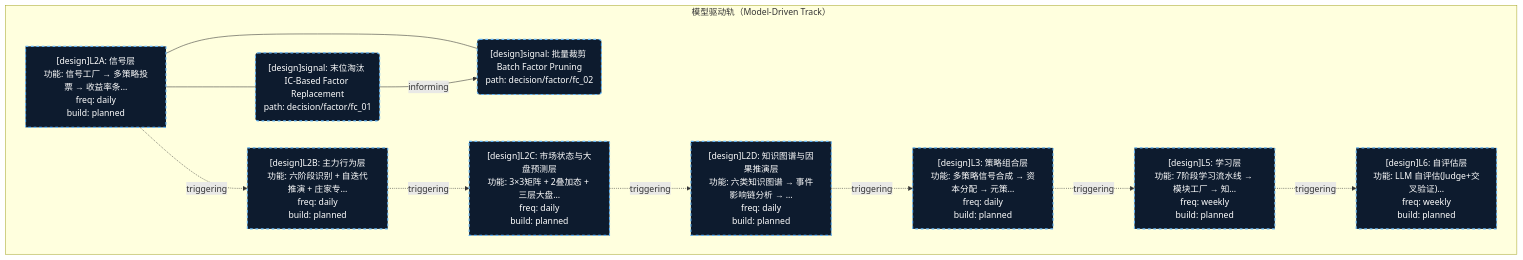
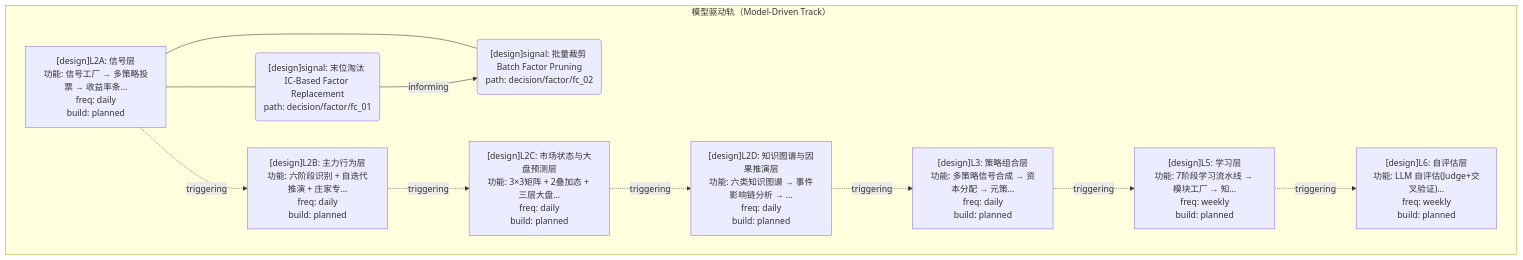
The first of 2 diagrams in docs/02_enterprise_architecture/06_decision_architecture/07_decision_l2a_factor.md (xuanFelixVan/ZephyrAlpha), drawn with Mermaid before and after one commit. The commit also changed other lines of this file and 23 other files, not shown here.

First line of the commit message:
style(decision-diagram): 移除所有 mermaid classDef，照搬 application_flows.md 纯默认主题

````diff
--- a/docs/02_enterprise_architecture/06_decision_architecture/07_decision_l2a_factor.md
+++ b/docs/02_enterprise_architecture/06_decision_architecture/07_decision_l2a_factor.md
@@ -21,29 +21,23 @@
 ```mermaid
 flowchart TD
     subgraph track_model_driven["模型驱动轨（Model-Driven Track）"]
-        LL2A["[design]L2A: 信号层<br/>功能: 信号工厂 → 多策略投票 → 收益率条…<br/>freq: daily<br/>build: planned"]:::bsPlanned
-        N190("[design]signal: 末位淘汰 IC-Based Factor Replacement<br/>path: decision/factor/fc_01"):::bsPlanned
+        LL2A["[design]L2A: 信号层<br/>功能: 信号工厂 → 多策略投票 → 收益率条…<br/>freq: daily<br/>build: planned"]
+        N190("[design]signal: 末位淘汰 IC-Based Factor Replacement<br/>path: decision/factor/fc_01")
         LL2A --- N190
-        N191("[design]signal: 批量裁剪 Batch Factor Pruning<br/>path: decision/factor/fc_02"):::bsPlanned
+        N191("[design]signal: 批量裁剪 Batch Factor Pruning<br/>path: decision/factor/fc_02")
         LL2A --- N191
-        LL2B["[design]L2B: 主力行为层<br/>功能: 六阶段识别 + 自迭代推演 + 庄家专…<br/>freq: daily<br/>build: planned"]:::bsPlanned
-        LL2C["[design]L2C: 市场状态与大盘预测层<br/>功能: 3×3矩阵 + 2叠加态 + 三层大盘…<br/>freq: daily<br/>build: planned"]:::bsPlanned
-        LL2D["[design]L2D: 知识图谱与因果推演层<br/>功能: 六类知识图谱 → 事件影响链分析 → …<br/>freq: daily<br/>build: planned"]:::bsPlanned
-        LL3["[design]L3: 策略组合层<br/>功能: 多策略信号合成 → 资本分配 → 元策…<br/>freq: daily<br/>build: planned"]:::bsPlanned
-        LL5["[design]L5: 学习层<br/>功能: 7阶段学习流水线 → 模块工厂 → 知…<br/>freq: weekly<br/>build: planned"]:::bsPlanned
-        LL6["[design]L6: 自评估层<br/>功能: LLM 自评估(Judge+交叉验证)…<br/>freq: weekly<br/>build: planned"]:::bsPlanned
+        LL2B["[design]L2B: 主力行为层<br/>功能: 六阶段识别 + 自迭代推演 + 庄家专…<br/>freq: daily<br/>build: planned"]
+        LL2C["[design]L2C: 市场状态与大盘预测层<br/>功能: 3×3矩阵 + 2叠加态 + 三层大盘…<br/>freq: daily<br/>build: planned"]
+        LL2D["[design]L2D: 知识图谱与因果推演层<br/>功能: 六类知识图谱 → 事件影响链分析 → …<br/>freq: daily<br/>build: planned"]
+        LL3["[design]L3: 策略组合层<br/>功能: 多策略信号合成 → 资本分配 → 元策…<br/>freq: daily<br/>build: planned"]
+        LL5["[design]L5: 学习层<br/>功能: 7阶段学习流水线 → 模块工厂 → 知…<br/>freq: weekly<br/>build: planned"]
+        LL6["[design]L6: 自评估层<br/>功能: LLM 自评估(Judge+交叉验证)…<br/>freq: weekly<br/>build: planned"]
     end
     LL2A -.->|triggering| LL2B
     LL2B -.->|triggering| LL2C
     LL2C -.->|triggering| LL2D
     LL2D -.->|triggering| LL3
     LL3 -.->|triggering| LL5
     LL5 -.->|triggering| LL6
     N190 -->|informing| N191
-
-    classDef bsStable fill:#1b2e1b,stroke:#4caf50,stroke-width:2px,color:#fff
-    classDef bsGenerated fill:#2e2a0d,stroke:#ffd54f,stroke-width:2px,color:#fff
-    classDef bsTesting fill:#2e1d0d,stroke:#ff8a65,stroke-width:2px,color:#fff
-    classDef bsPlanned fill:#0d1b2e,stroke:#64b5f6,stroke-width:2px,color:#fff,stroke-dasharray: 5 5
-    classDef bsDeprecated fill:#2e0d0d,stroke:#e57373,stroke-width:2px,color:#fff,stroke-dasharray: 5 5
 ```
````
